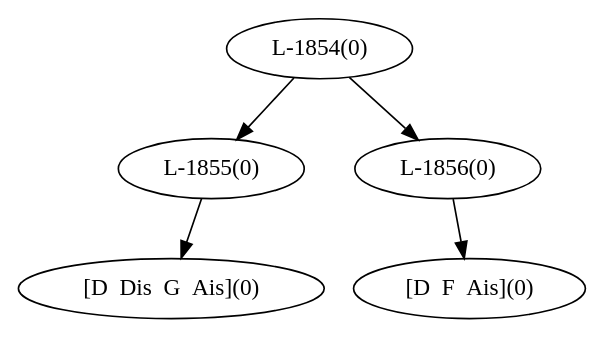
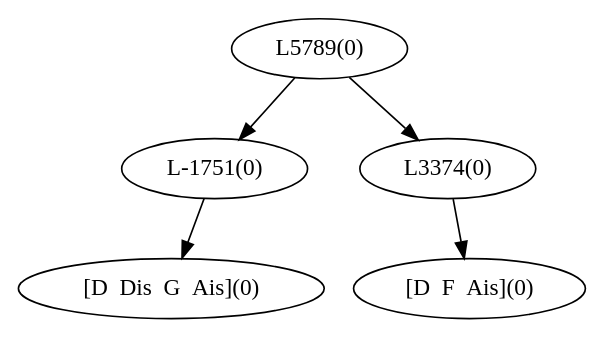
Before and after one commit to dousu/MAILM: the diagram in Result/dot/generation7_utter2.dot, drawn with Graphviz. The commit also changed 110 other files, not shown here.

```diff
--- a/Result/dot/generation7_utter2.dot
+++ b/Result/dot/generation7_utter2.dot
@@ -1,9 +1,9 @@
 digraph sample{
-"L-1855(0)"->"[D  Dis  G  Ais](0)"
-"L-1856(0)"->"[D  F  Ais](0)"
-"L-1854(0)"->"L-1855(0)"
-"L-1854(0)"->"L-1856(0)"
-{rank = min; "L-1854(0)"}
-{rank = same; "L-1855(0)"; "L-1856(0)";}
+"L-1751(0)"->"[D  Dis  G  Ais](0)"
+"L3374(0)"->"[D  F  Ais](0)"
+"L5789(0)"->"L-1751(0)"
+"L5789(0)"->"L3374(0)"
+{rank = min; "L5789(0)"}
+{rank = same; "L-1751(0)"; "L3374(0)";}
 {rank = max; "[D  Dis  G  Ais](0)"; "[D  F  Ais](0)";}
 }
```
